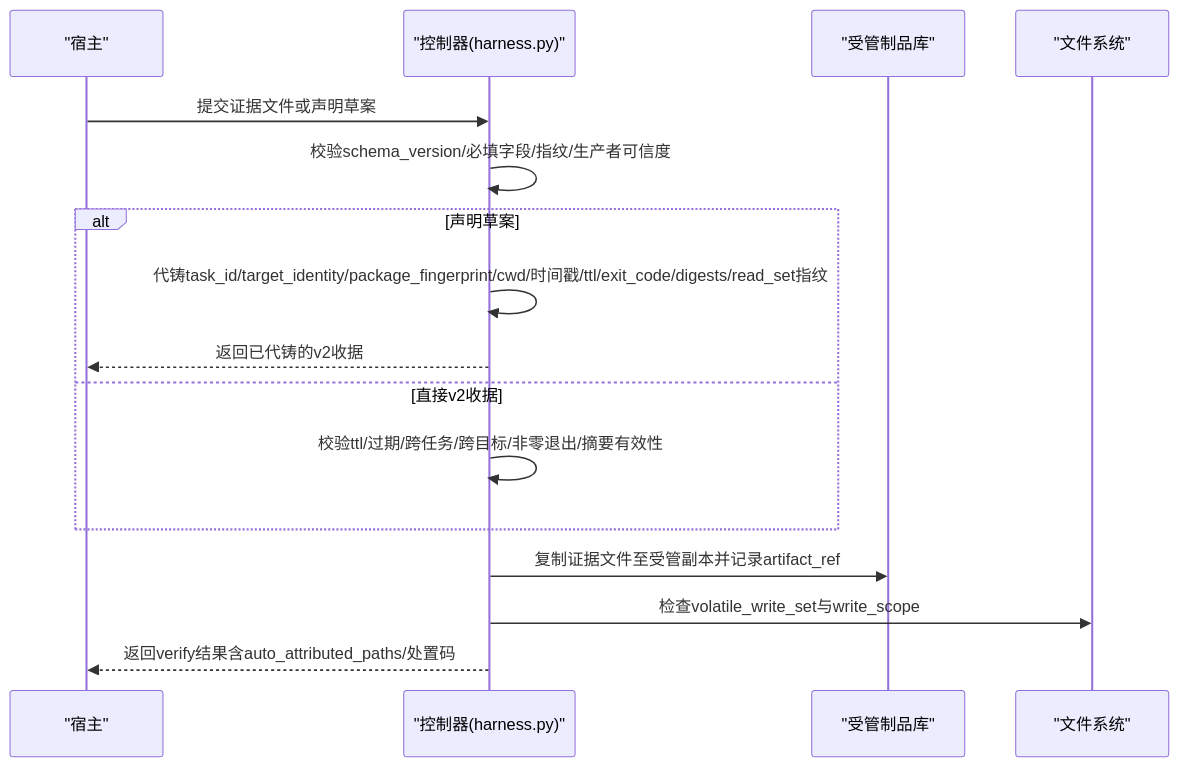
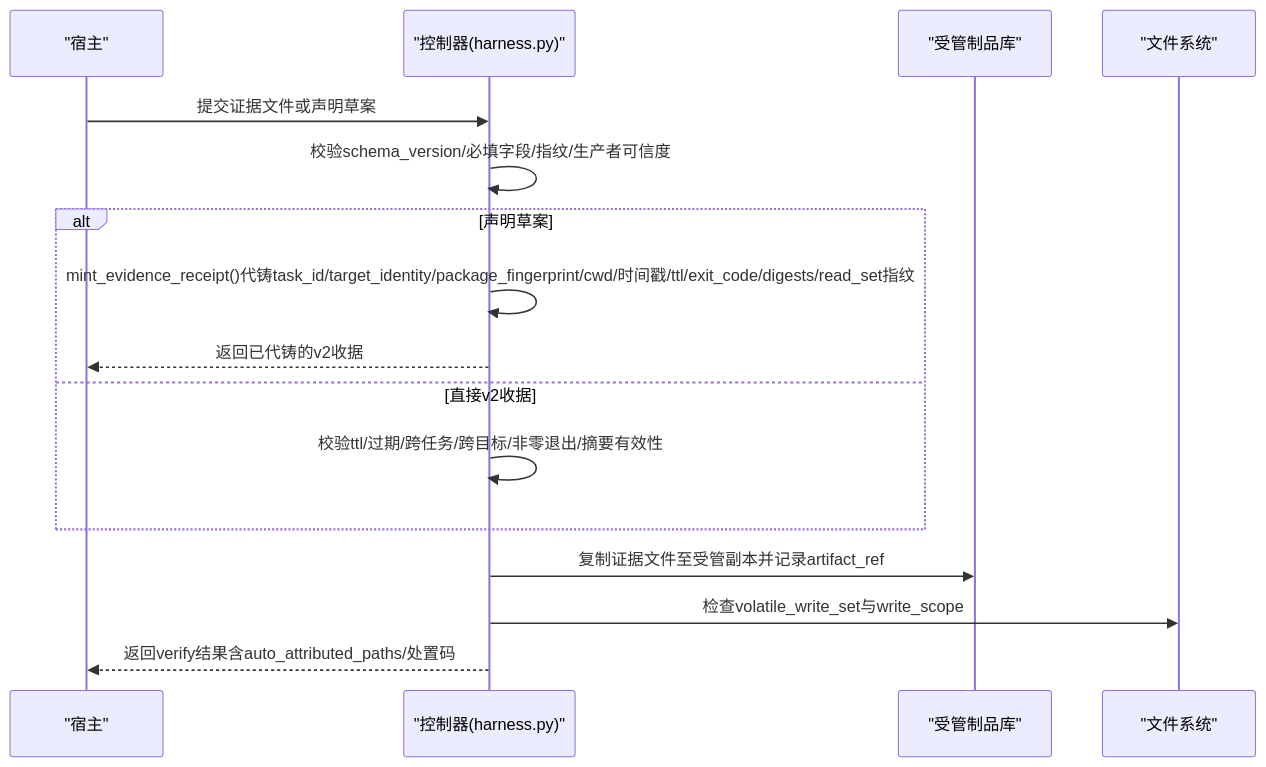
The second of 4 diagrams in .qoder/repowiki/zh/content/API参考/JSON接口规范/证据收据Schema定义.md (HackSing/docs-harness), drawn with Mermaid before and after one commit. The commit also changed other lines of this file and 40 other files, not shown here.

````diff
--- a/.qoder/repowiki/zh/content/API参考/JSON接口规范/证据收据Schema定义.md
+++ b/.qoder/repowiki/zh/content/API参考/JSON接口规范/证据收据Schema定义.md
@@ -65,18 +72,18 @@
 ```mermaid
 sequenceDiagram
 participant Host as "宿主"
 participant Controller as "控制器(harness.py)"
 participant Store as "受管制品库"
 participant FS as "文件系统"
 Host->>Controller : 提交证据文件或声明草案
 Controller->>Controller : 校验schema_version/必填字段/指纹/生产者可信度
 alt 声明草案
-Controller->>Controller : 代铸task_id/target_identity/package_fingerprint/cwd/时间戳/ttl/exit_code/digests/read_set指纹
+Controller->>Controller : mint_evidence_receipt()代铸task_id/target_identity/package_fingerprint/cwd/时间戳/ttl/exit_code/digests/read_set指纹
 Controller-->>Host : 返回已代铸的v2收据
 else 直接v2收据
 Controller->>Controller : 校验ttl/过期/跨任务/跨目标/非零退出/摘要有效性
 end
 Controller->>Store : 复制证据文件至受管副本并记录artifact_ref
 Controller->>FS : 检查volatile_write_set与write_scope
 Controller-->>Host : 返回verify结果含auto_attributed_paths/处置码
 ```
````
